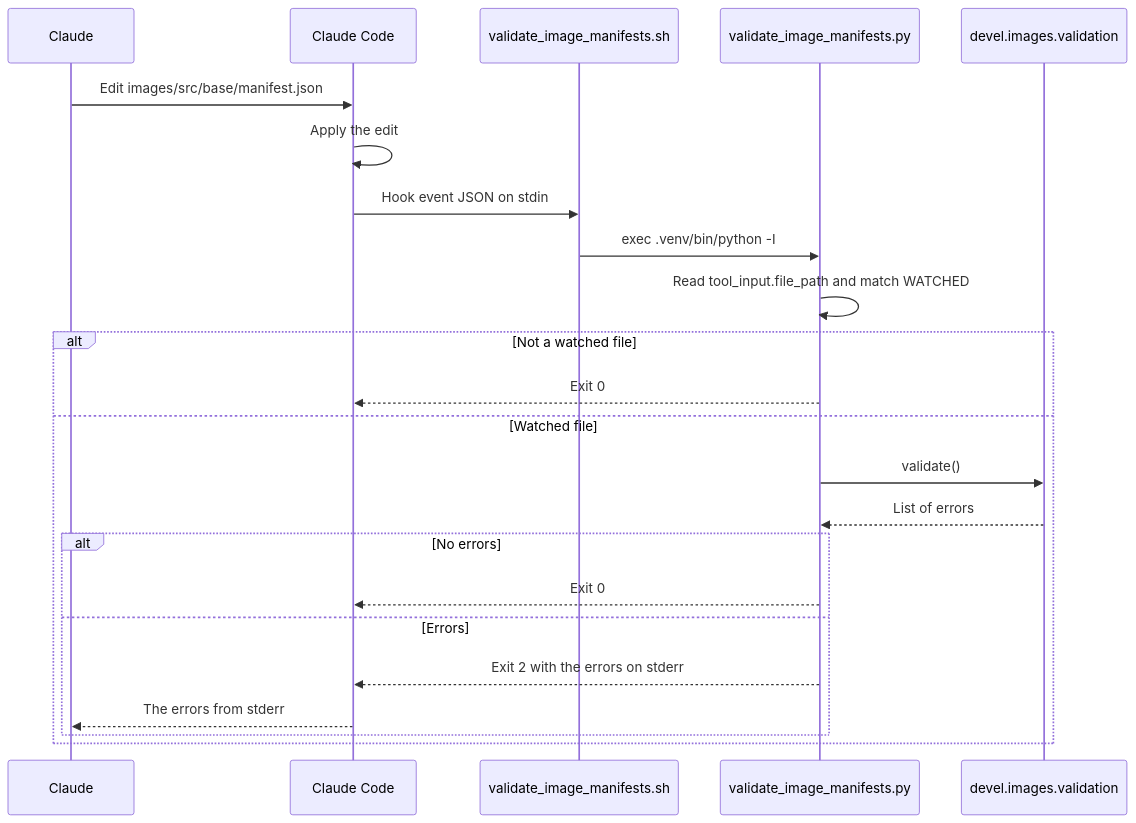
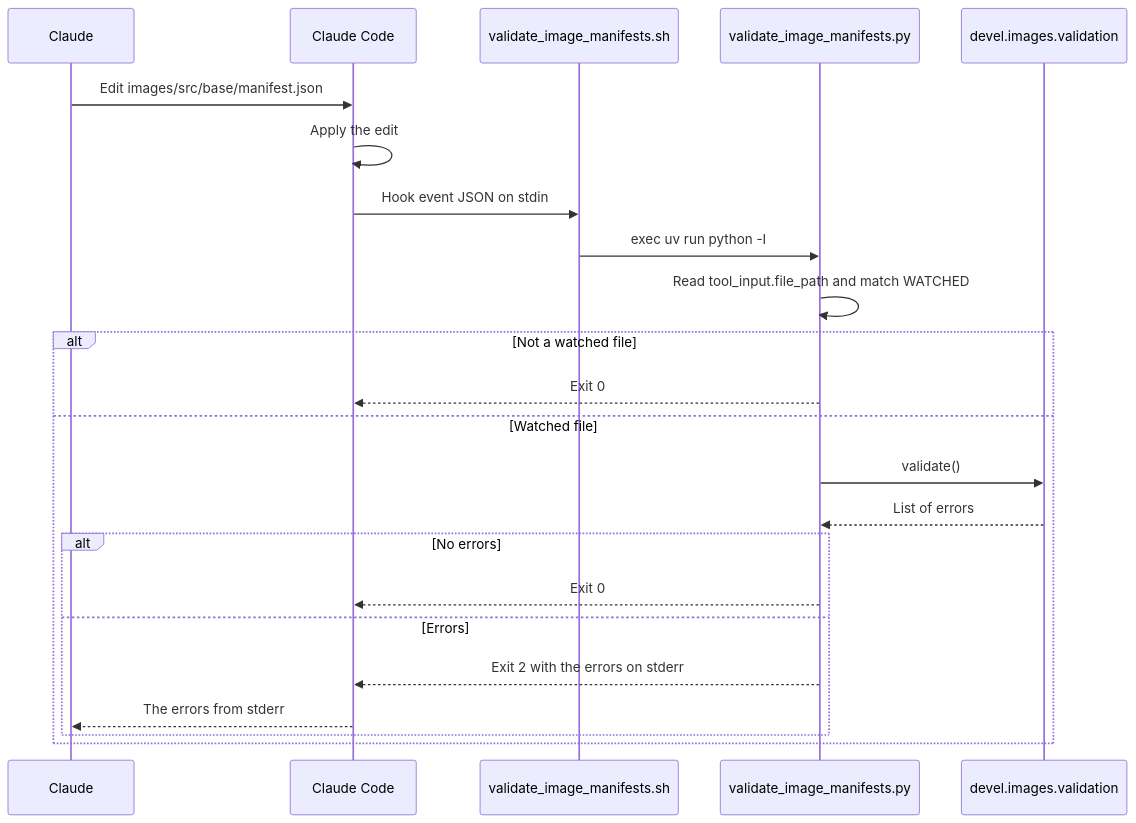
One commit to froazin/devcontainers changed the second of 2 diagrams in docs/claude-code-hooks.md. Above: the diagram before and after it, drawn with Mermaid. The commit also changed other lines of this file and 3 other files, not shown here.

````diff
--- a/docs/claude-code-hooks.md
+++ b/docs/claude-code-hooks.md
@@ -84,27 +92,27 @@
 ```mermaid
 sequenceDiagram
     accTitle: An Edit that triggers the image manifest hook
     accDescr: Claude edits a watched file. After the edit, Claude Code runs the wrapper with the hook event on stdin. The wrapper runs the Python script, which checks the path and, for a watched file, runs the validation. Errors go back to Claude through stderr and exit 2.
     participant Claude
     participant CC as Claude Code
     participant Wrapper as validate_image_manifests.sh
     participant Script as validate_image_manifests.py
     participant Validation as devel.images.validation
     Claude->>CC: Edit images/src/base/manifest.json
     CC->>CC: Apply the edit
     CC->>Wrapper: Hook event JSON on stdin
-    Wrapper->>Script: exec .venv/bin/python -I
+    Wrapper->>Script: exec uv run python -I
     Script->>Script: Read tool_input.file_path and match WATCHED
     alt Not a watched file
         Script-->>CC: Exit 0
     else Watched file
         Script->>Validation: validate()
         Validation-->>Script: List of errors
         alt No errors
             Script-->>CC: Exit 0
         else Errors
             Script-->>CC: Exit 2 with the errors on stderr
             CC-->>Claude: The errors from stderr
         end
     end
 ```
````
